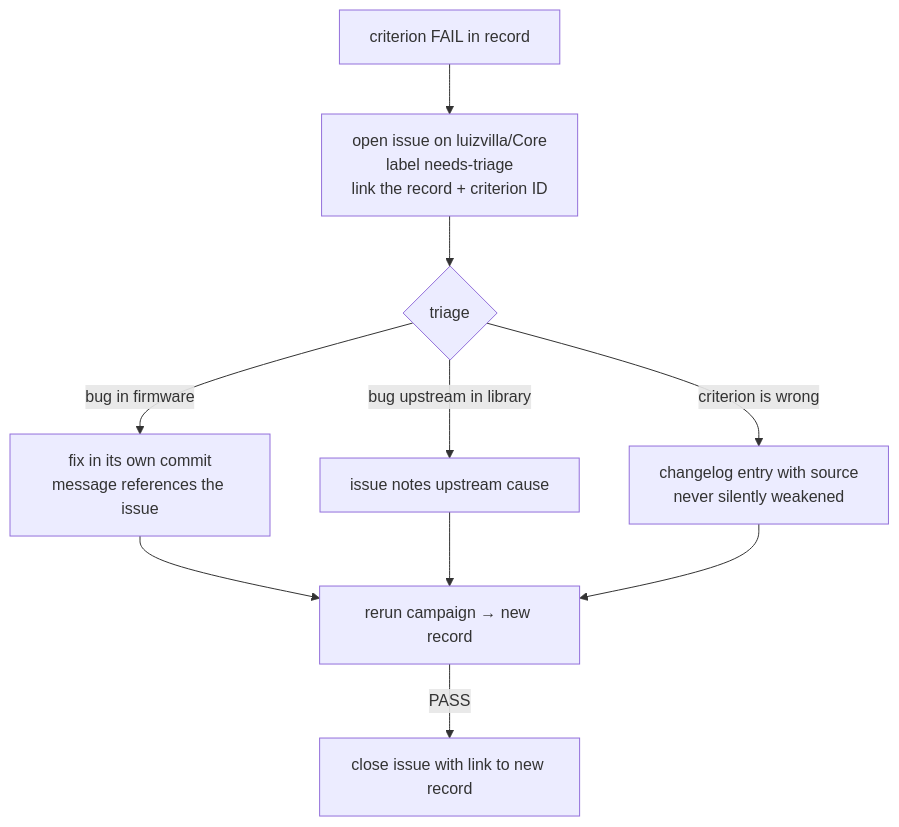
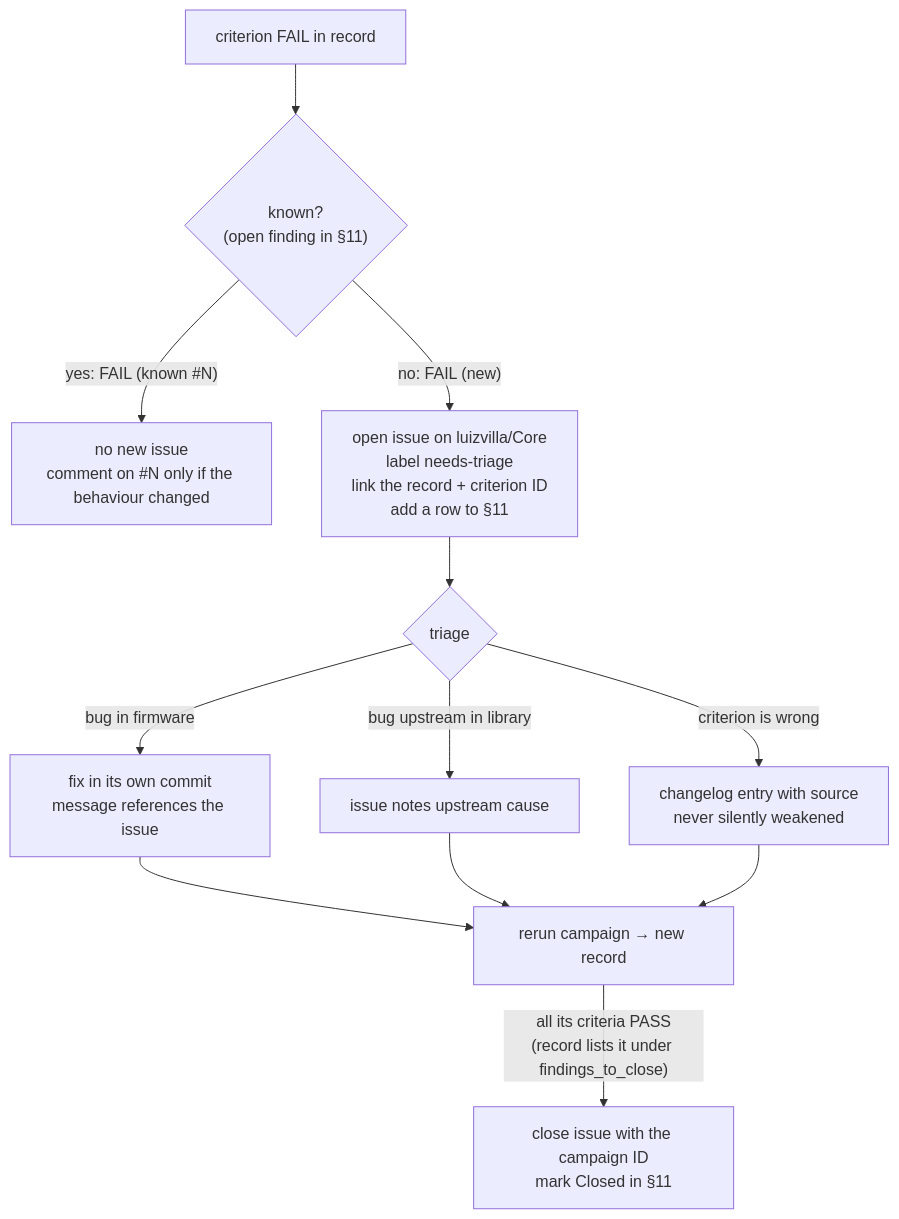
Before and after one commit to jalinei/Core: the second of 3 diagrams in docs/testing/test-procedure.md, drawn with Mermaid. The commit also changed other lines of this file and 5 other files, not shown here.

First line of the commit message:
test(infra): findings register, known vs new failures, library override

````diff
--- a/docs/testing/test-procedure.md
+++ b/docs/testing/test-procedure.md
@@ -312,12 +318,14 @@
 ```mermaid
 flowchart TD
-  F[criterion FAIL in record] --> I["open issue on luizvilla/Core<br/>label needs-triage<br/>link the record + criterion ID"]
+  F[criterion FAIL in record] --> K{"known?<br/>(open finding in §11)"}
+  K -- "yes: FAIL (known #N)" --> KC["no new issue<br/>comment on #N only if the behaviour changed"]
+  K -- "no: FAIL (new)" --> I["open issue on luizvilla/Core<br/>label needs-triage<br/>link the record + criterion ID<br/>add a row to §11"]
   I --> T{triage}
   T -- "bug in firmware" --> X["fix in its own commit<br/>message references the issue"]
   T -- "bug upstream in library" --> U[issue notes upstream cause]
   T -- "criterion is wrong" --> C["changelog entry with source<br/>never silently weakened"]
   X --> R[rerun campaign → new record]
   U --> R
   C --> R
-  R -- PASS --> Z[close issue with link to new record]
+  R -- "all its criteria PASS<br/>(record lists it under findings_to_close)" --> Z["close issue with the campaign ID<br/>mark Closed in §11"]
 ```
````
